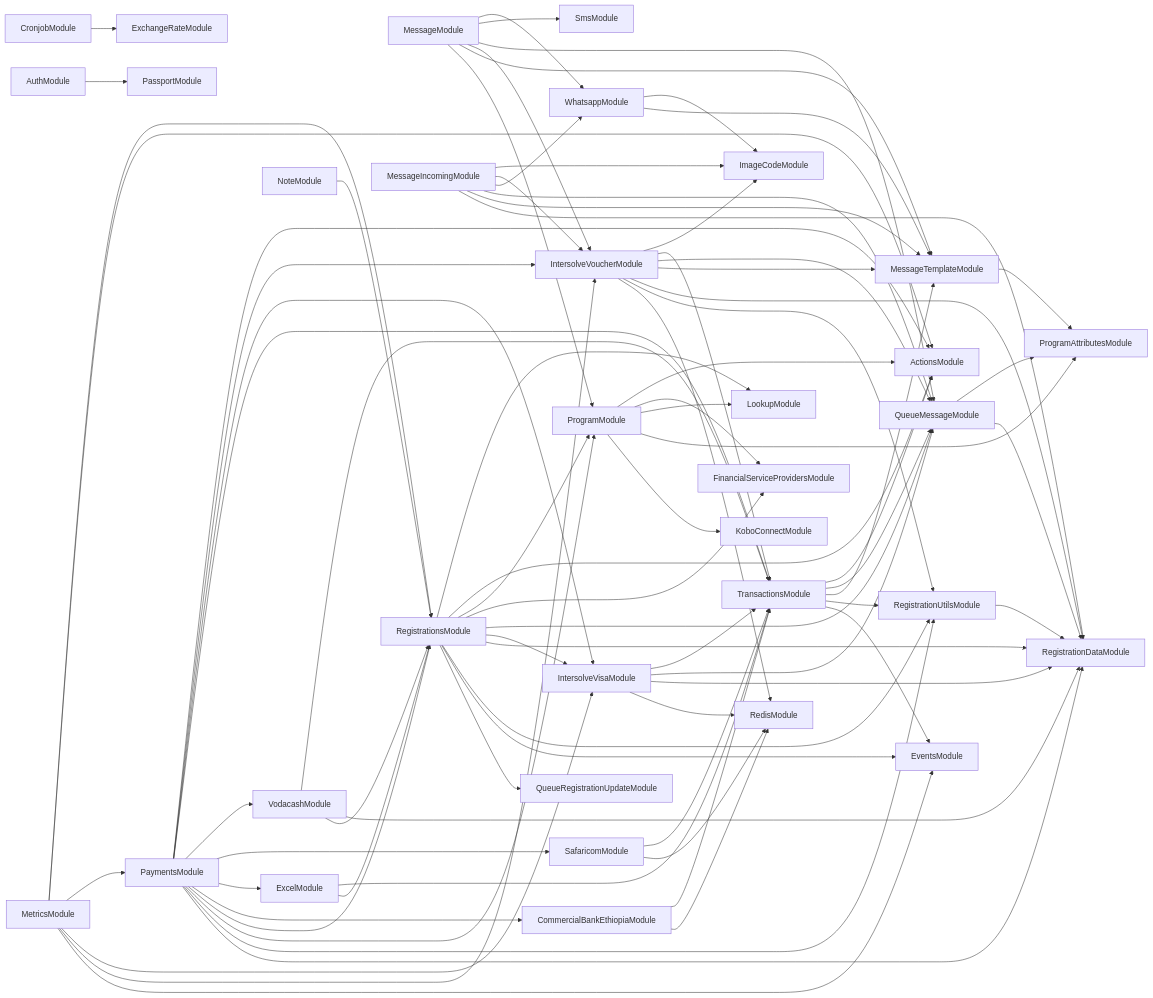
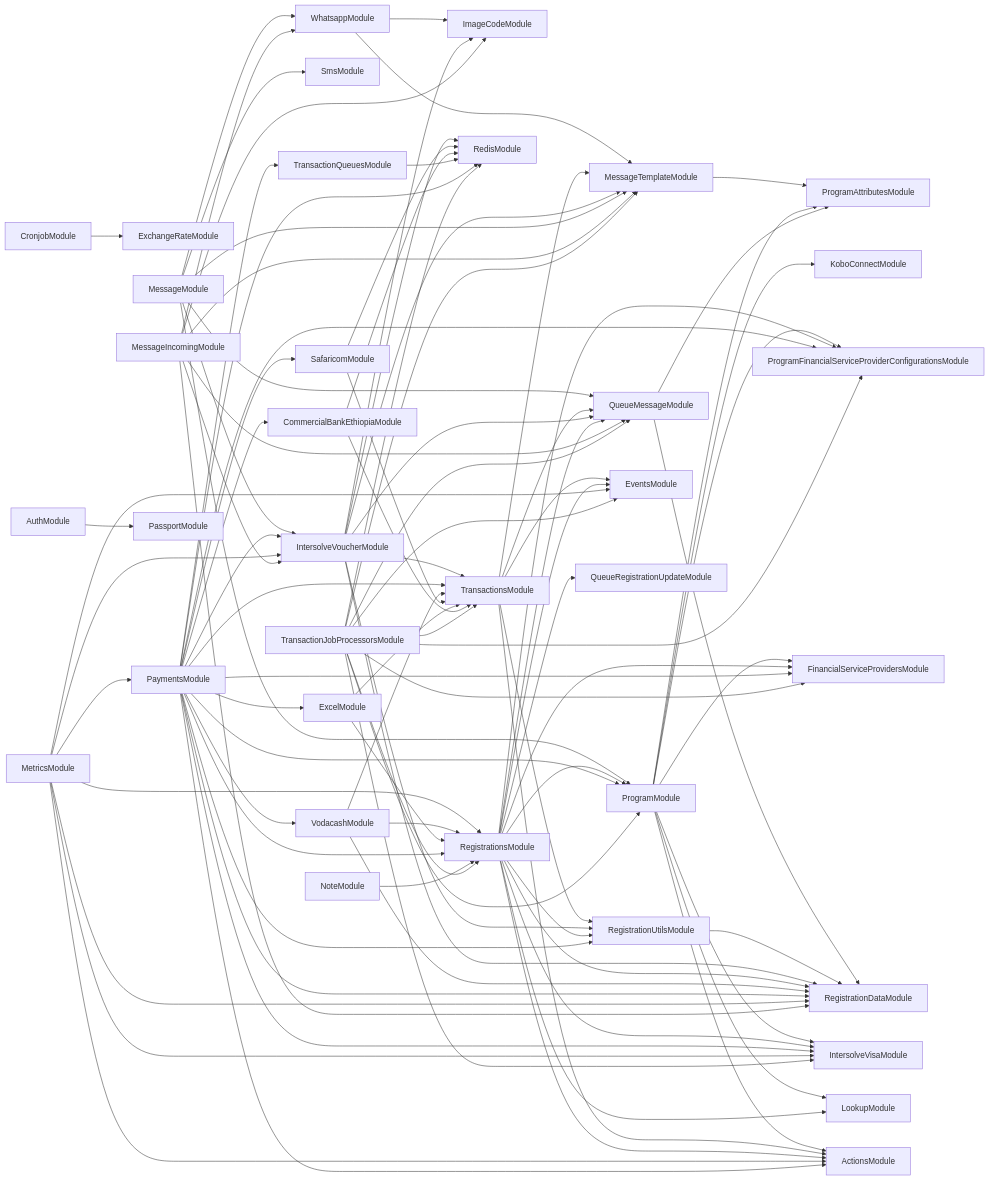
One commit to global-121/121-platform changed the diagram in services/121-service/module-dependencies.md. Above: the diagram before and after it, drawn with Mermaid. The commit also changed 246 other files, not shown here.

First line of the commit message:
Intersolve Visa Re-implementation

````diff
--- a/services/121-service/module-dependencies.md
+++ b/services/121-service/module-dependencies.md
@@ -9,6 +9,8 @@
   ProgramModule-->LookupModule
   ProgramModule-->ProgramAttributesModule
   ProgramModule-->KoboConnectModule
+  ProgramModule-->ProgramFinancialServiceProviderConfigurationsModule
+  ProgramModule-->IntersolveVisaModule
   MessageModule-->WhatsappModule
   WhatsappModule-->ImageCodeModule
   WhatsappModule-->MessageTemplateModule
@@ -39,14 +41,11 @@
   RegistrationsModule-->FinancialServiceProvidersModule
   RegistrationsModule-->QueueMessageModule
   RegistrationsModule-->IntersolveVisaModule
-  IntersolveVisaModule-->TransactionsModule
-  IntersolveVisaModule-->QueueMessageModule
-  IntersolveVisaModule-->RegistrationDataModule
-  IntersolveVisaModule-->RedisModule
   RegistrationsModule-->RegistrationDataModule
   RegistrationsModule-->RegistrationUtilsModule
   RegistrationsModule-->EventsModule
   RegistrationsModule-->QueueRegistrationUpdateModule
+  RegistrationsModule-->ProgramFinancialServiceProviderConfigurationsModule
   MetricsModule-->ActionsModule
   MetricsModule-->PaymentsModule
   PaymentsModule-->ActionsModule
@@ -70,9 +69,15 @@
   PaymentsModule-->ProgramModule
   PaymentsModule-->RegistrationUtilsModule
   PaymentsModule-->RegistrationDataModule
+  PaymentsModule-->TransactionQueuesModule
+  TransactionQueuesModule-->RedisModule
+  PaymentsModule-->FinancialServiceProvidersModule
+  PaymentsModule-->ProgramFinancialServiceProviderConfigurationsModule
+  PaymentsModule-->RedisModule
   MetricsModule-->IntersolveVisaModule
   MetricsModule-->IntersolveVoucherModule
   MetricsModule-->EventsModule
+  MetricsModule-->RegistrationDataModule
   MessageIncomingModule-->ImageCodeModule
   MessageIncomingModule-->IntersolveVoucherModule
   MessageIncomingModule-->WhatsappModule
@@ -81,4 +86,14 @@
   MessageIncomingModule-->RegistrationDataModule
   NoteModule-->RegistrationsModule
   AuthModule-->PassportModule
+  TransactionJobProcessorsModule-->RedisModule
+  TransactionJobProcessorsModule-->IntersolveVisaModule
+  TransactionJobProcessorsModule-->ProgramFinancialServiceProviderConfigurationsModule
+  TransactionJobProcessorsModule-->RegistrationsModule
+  TransactionJobProcessorsModule-->ProgramModule
+  TransactionJobProcessorsModule-->TransactionsModule
+  TransactionJobProcessorsModule-->QueueMessageModule
+  TransactionJobProcessorsModule-->FinancialServiceProvidersModule
+  TransactionJobProcessorsModule-->EventsModule
+  TransactionJobProcessorsModule-->MessageTemplateModule
 ```
````
